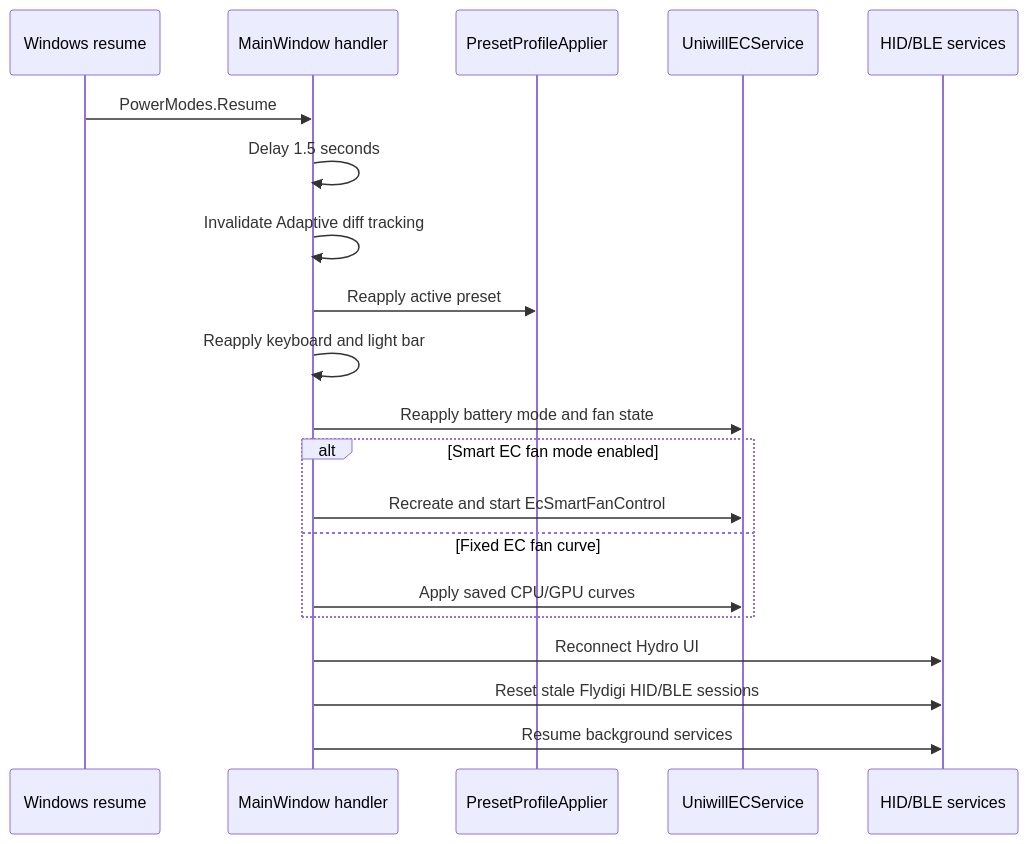
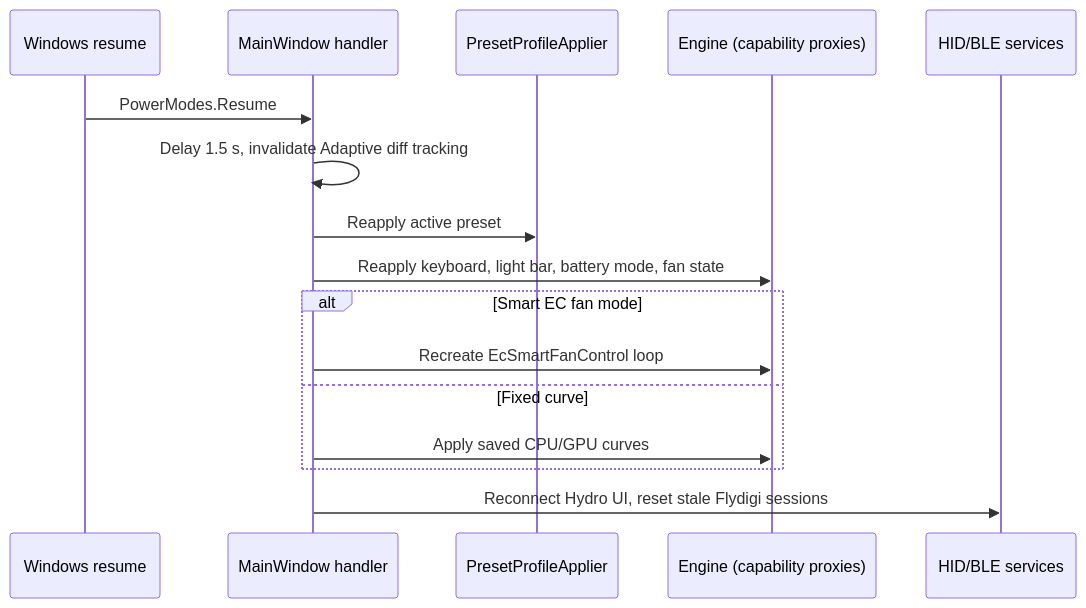
Before and after one commit to Uniwill-Control-Utility/Uniwill-Control-Utility: the fourth of 4 diagrams in wiki/architecture/startup-and-lifecycle.md, drawn with Mermaid. The commit also changed other lines of this file and 24 other files, not shown here.

First line of the commit message:
Phase 6: retire the guardian and the dev bridge; the engine is the architecture

````diff
--- a/wiki/architecture/startup-and-lifecycle.md
+++ b/wiki/architecture/startup-and-lifecycle.md
@@ -109,23 +110,19 @@
 ```mermaid
 sequenceDiagram
     participant OS as Windows resume
     participant Main as MainWindow handler
     participant Profile as PresetProfileApplier
-    participant EC as UniwillECService
+    participant Eng as Engine (capability proxies)
     participant Devices as HID/BLE services
 
     OS->>Main: PowerModes.Resume
-    Main->>Main: Delay 1.5 seconds
-    Main->>Main: Invalidate Adaptive diff tracking
+    Main->>Main: Delay 1.5 s, invalidate Adaptive diff tracking
     Main->>Profile: Reapply active preset
-    Main->>Main: Reapply keyboard and light bar
-    Main->>EC: Reapply battery mode and fan state
-    alt Smart EC fan mode enabled
-        Main->>EC: Recreate and start EcSmartFanControl
-    else Fixed EC fan curve
-        Main->>EC: Apply saved CPU/GPU curves
+    Main->>Eng: Reapply keyboard, light bar, battery mode, fan state
+    alt Smart EC fan mode
+        Main->>Eng: Recreate EcSmartFanControl loop
+    else Fixed curve
+        Main->>Eng: Apply saved CPU/GPU curves
     end
-    Main->>Devices: Reconnect Hydro UI
-    Main->>Devices: Reset stale Flydigi HID/BLE sessions
-    Main->>Devices: Resume background services
+    Main->>Devices: Reconnect Hydro UI, reset stale Flydigi sessions
 ```
````
